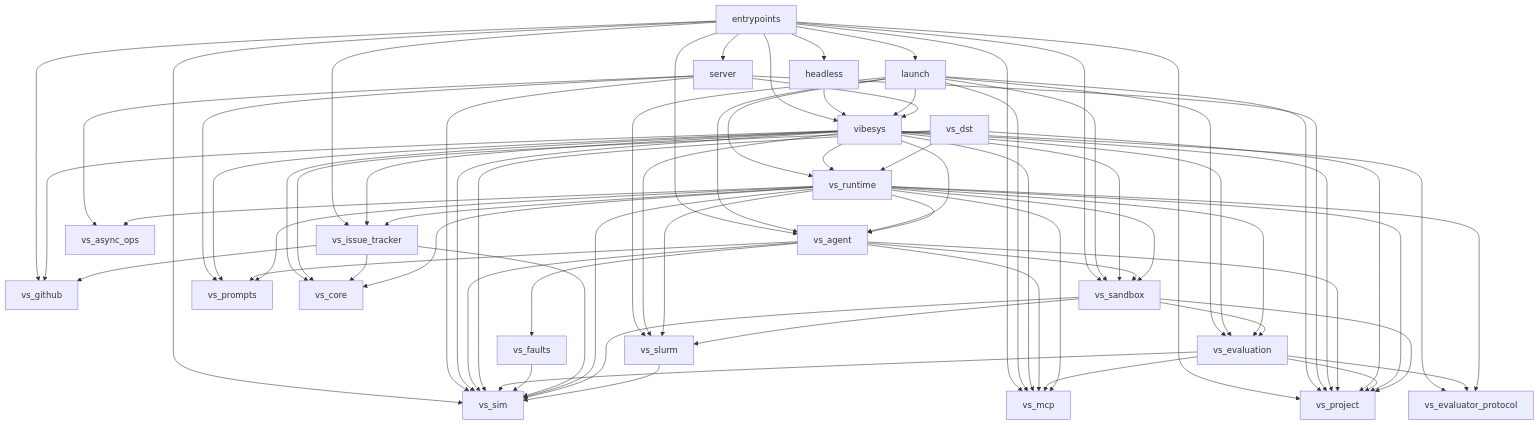
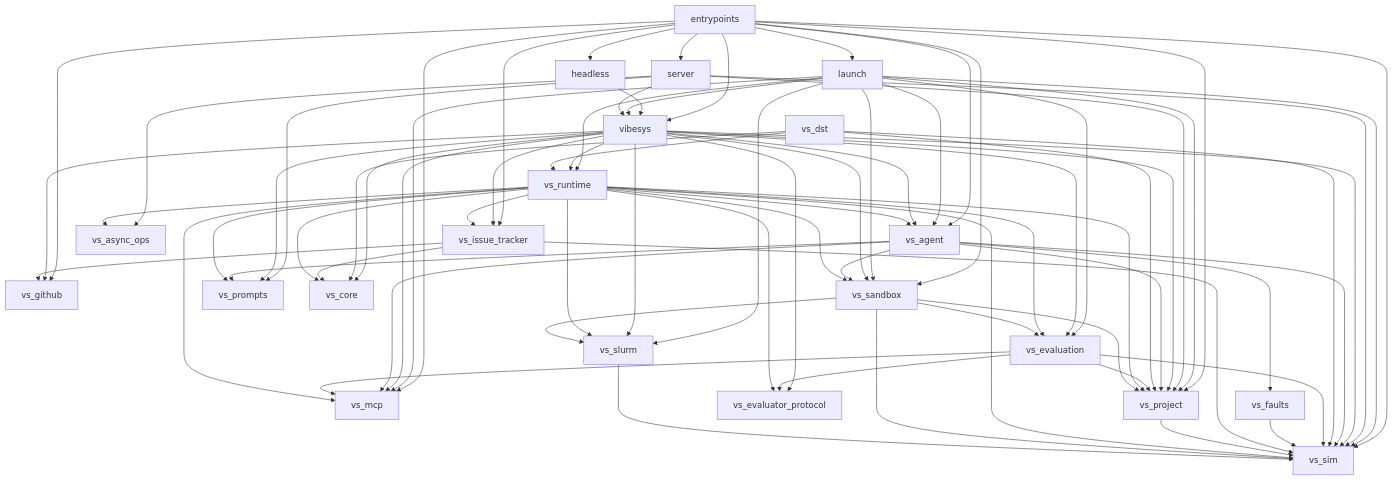
Before and after one commit to 6Mikao9/vibesys: the diagram in docs/contributing/architecture.md, drawn with Mermaid. The commit also changed 159 other files, not shown here.

````diff
--- a/docs/contributing/architecture.md
+++ b/docs/contributing/architecture.md
@@ -128,76 +128,78 @@
 ```mermaid
 graph TD
     entrypoints --> headless
     entrypoints --> launch
     entrypoints --> server
     entrypoints --> vibesys
     entrypoints --> vs_agent
     entrypoints --> vs_github
     entrypoints --> vs_issue_tracker
     entrypoints --> vs_mcp
     entrypoints --> vs_project
     entrypoints --> vs_sandbox
     entrypoints --> vs_sim
     headless --> vibesys
     launch --> vibesys
     launch --> vs_agent
     launch --> vs_evaluation
     launch --> vs_mcp
     launch --> vs_project
     launch --> vs_runtime
     launch --> vs_sandbox
+    launch --> vs_sim
     launch --> vs_slurm
     server --> vibesys
     server --> vs_async_ops
     server --> vs_project
     server --> vs_prompts
     server --> vs_sim
     vibesys --> vs_agent
     vibesys --> vs_core
     vibesys --> vs_evaluation
     vibesys --> vs_evaluator_protocol
     vibesys --> vs_github
     vibesys --> vs_issue_tracker
     vibesys --> vs_mcp
     vibesys --> vs_project
     vibesys --> vs_prompts
     vibesys --> vs_runtime
     vibesys --> vs_sandbox
     vibesys --> vs_sim
     vibesys --> vs_slurm
     vs_agent --> vs_faults
     vs_agent --> vs_mcp
     vs_agent --> vs_project
     vs_agent --> vs_prompts
     vs_agent --> vs_sandbox
     vs_agent --> vs_sim
     vs_dst --> vs_core
     vs_dst --> vs_project
     vs_dst --> vs_runtime
     vs_dst --> vs_sim
     vs_evaluation --> vs_evaluator_protocol
     vs_evaluation --> vs_mcp
     vs_evaluation --> vs_project
     vs_evaluation --> vs_sim
     vs_faults --> vs_sim
     vs_issue_tracker --> vs_core
     vs_issue_tracker --> vs_github
     vs_issue_tracker --> vs_sim
+    vs_project --> vs_sim
     vs_runtime --> vs_agent
     vs_runtime --> vs_async_ops
     vs_runtime --> vs_core
     vs_runtime --> vs_evaluation
     vs_runtime --> vs_evaluator_protocol
     vs_runtime --> vs_issue_tracker
     vs_runtime --> vs_mcp
     vs_runtime --> vs_project
     vs_runtime --> vs_prompts
     vs_runtime --> vs_sandbox
     vs_runtime --> vs_sim
     vs_runtime --> vs_slurm
     vs_sandbox --> vs_evaluation
     vs_sandbox --> vs_project
     vs_sandbox --> vs_sim
     vs_sandbox --> vs_slurm
     vs_slurm --> vs_sim
 ```
````
